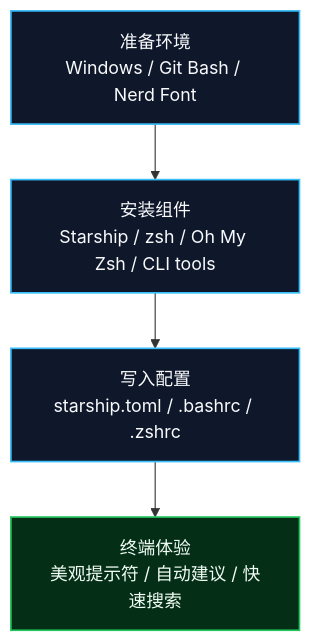
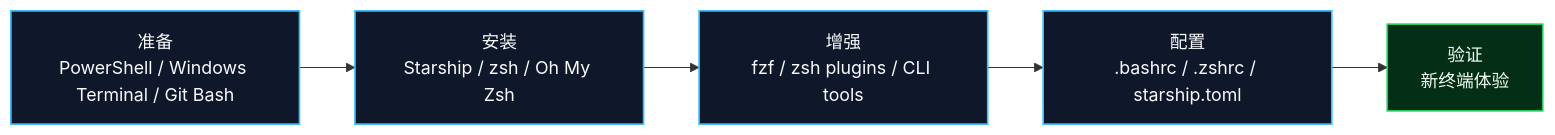
One commit to gyf-dev/windows-bash-zsh changed the diagram in README.md. Above: the diagram before and after it, drawn with Mermaid. The commit also changed other lines of this file and 3 other files, not shown here.

````diff
--- a/README.md
+++ b/README.md
@@ -39,15 +94,16 @@
 ```mermaid
-flowchart TB
-  A["准备环境<br/>Windows / Git Bash / Nerd Font"]
-  B["安装组件<br/>Starship / zsh / Oh My Zsh / CLI tools"]
-  C["写入配置<br/>starship.toml / .bashrc / .zshrc"]
-  D["终端体验<br/>美观提示符 / 自动建议 / 快速搜索"]
+flowchart LR
+  A["准备<br/>PowerShell / Windows Terminal / Git Bash"]
+  B["安装<br/>Starship / zsh / Oh My Zsh"]
+  C["增强<br/>fzf / zsh plugins / CLI tools"]
+  D["配置<br/>.bashrc / .zshrc / starship.toml"]
+  E["验证<br/>新终端体验"]
 
-  A --> B --> C --> D
+  A --> B --> C --> D --> E
 
-  classDef step fill:#0f172a,stroke:#38bdf8,stroke-width:1.5px,color:#f8fafc
-  classDef done fill:#052e16,stroke:#22c55e,stroke-width:1.5px,color:#f0fdf4
+  classDef base fill:#0f172a,stroke:#38bdf8,stroke-width:1.5px,color:#f8fafc
+  classDef final fill:#052e16,stroke:#22c55e,stroke-width:1.5px,color:#f0fdf4
 
-  class A,B,C step
-  class D done
+  class A,B,C,D base
+  class E final
 ```
````
